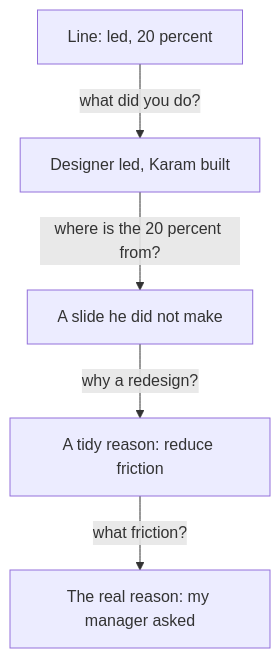
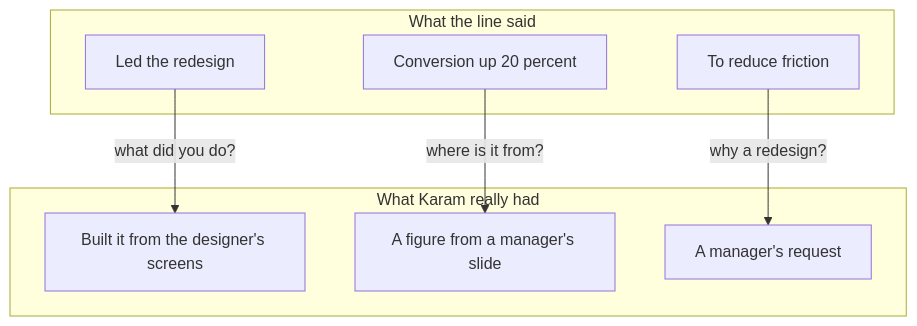
Before and after one commit to devweekends/Buildment: the diagram in courses/founder-interviews/03-every-line-survives-five-whys/03.01-set-the-scene.md, drawn with Mermaid. The commit also changed other lines of this file and 11 other files, not shown here.

````diff
--- a/courses/founder-interviews/03-every-line-survives-five-whys/03.01-set-the-scene.md
+++ b/courses/founder-interviews/03-every-line-survives-five-whys/03.01-set-the-scene.md
@@ -75,7 +73,16 @@
 ```mermaid
 flowchart TD
-  A["Line: led, 20 percent"] -->|"what did you do?"| B["Designer led, Karam built"]
-  B -->|"where is the 20 percent from?"| C["A slide he did not make"]
-  C -->|"why a redesign?"| D["A tidy reason: reduce friction"]
-  D -->|"what friction?"| E["The real reason: my manager asked"]
+  subgraph L["What the line said"]
+    A["Led the redesign"]
+    B["Conversion up 20 percent"]
+    C["To reduce friction"]
+  end
+  subgraph R["What Karam really had"]
+    D["Built it from the designer's screens"]
+    E["A figure from a manager's slide"]
+    F["A manager's request"]
+  end
+  A -->|"what did you do?"| D
+  B -->|"where is it from?"| E
+  C -->|"why a redesign?"| F
 ```
````
